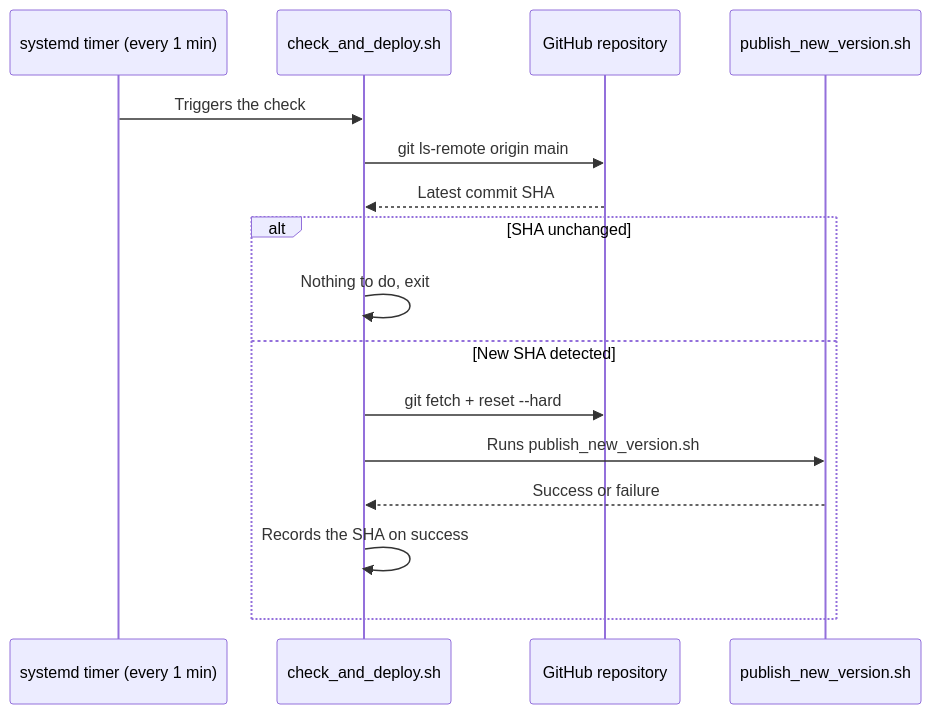
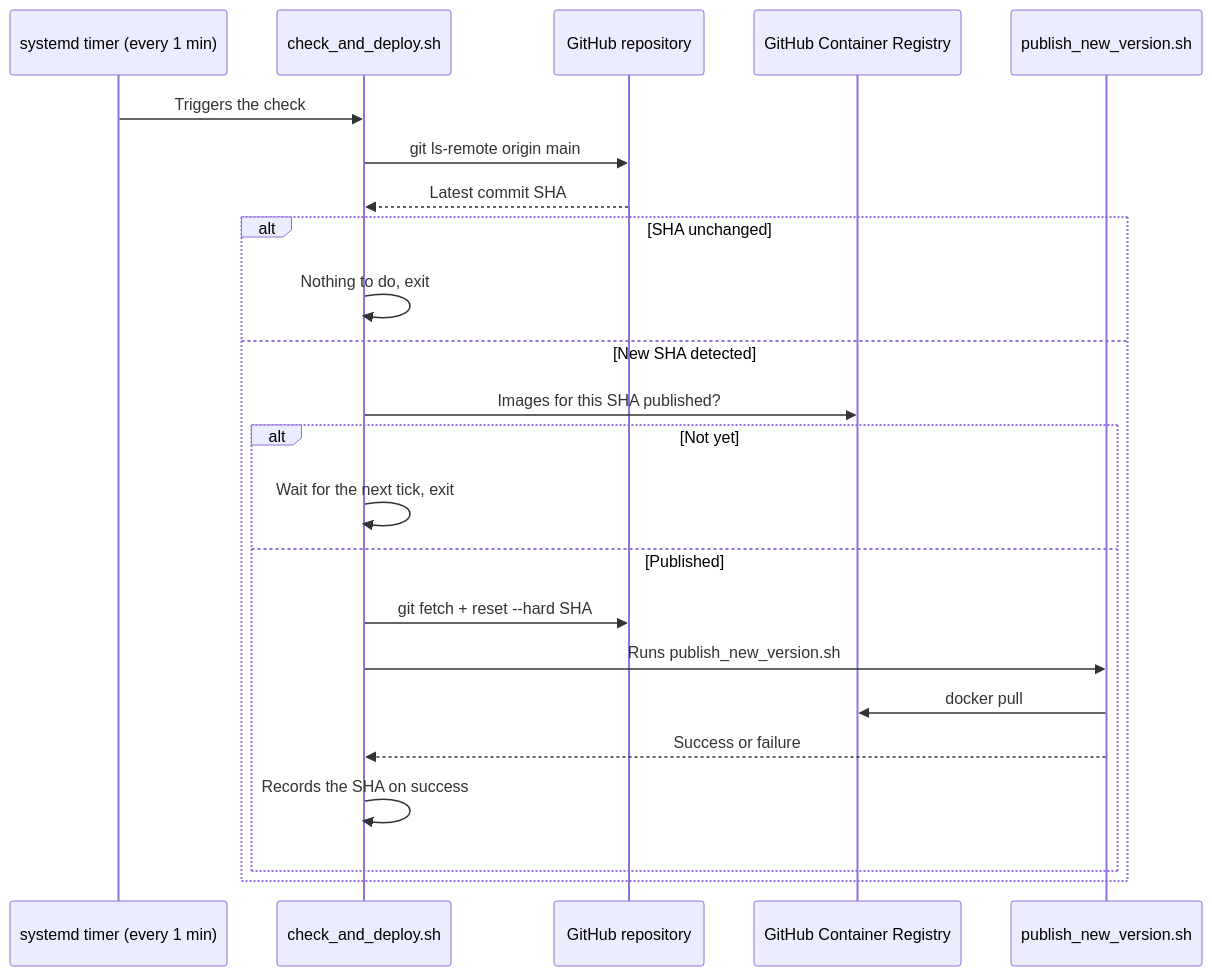
One commit to ISC-HEI/tisc-editor changed the diagram in docs/docs/techdocs/automatic-deployment.md. Above: the diagram before and after it, drawn with Mermaid. The commit also changed other lines of this file and 7 other files, not shown here.

Commit message:
feat: build production images in GitHub Actions

````diff
--- a/docs/docs/techdocs/automatic-deployment.md
+++ b/docs/docs/techdocs/automatic-deployment.md
@@ -13,19 +13,26 @@
 ```mermaid
 sequenceDiagram
     participant Timer as systemd timer (every 1 min)
     participant Script as check_and_deploy.sh
     participant Git as GitHub repository
+    participant GHCR as GitHub Container Registry
     participant Deploy as publish_new_version.sh
 
     Timer->>Script: Triggers the check
     Script->>Git: git ls-remote origin main
     Git-->>Script: Latest commit SHA
     alt SHA unchanged
         Script->>Script: Nothing to do, exit
     else New SHA detected
-        Script->>Git: git fetch + reset --hard
-        Script->>Deploy: Runs publish_new_version.sh
-        Deploy-->>Script: Success or failure
-        Script->>Script: Records the SHA on success
+        Script->>GHCR: Images for this SHA published?
+        alt Not yet
+            Script->>Script: Wait for the next tick, exit
+        else Published
+            Script->>Git: git fetch + reset --hard SHA
+            Script->>Deploy: Runs publish_new_version.sh
+            Deploy->>GHCR: docker pull
+            Deploy-->>Script: Success or failure
+            Script->>Script: Records the SHA on success
+        end
     end
 ```
````
